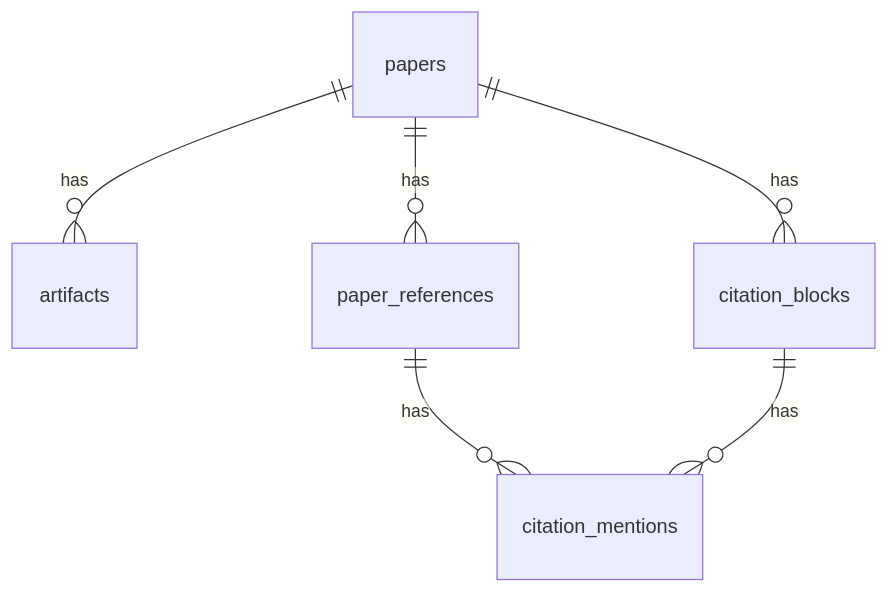
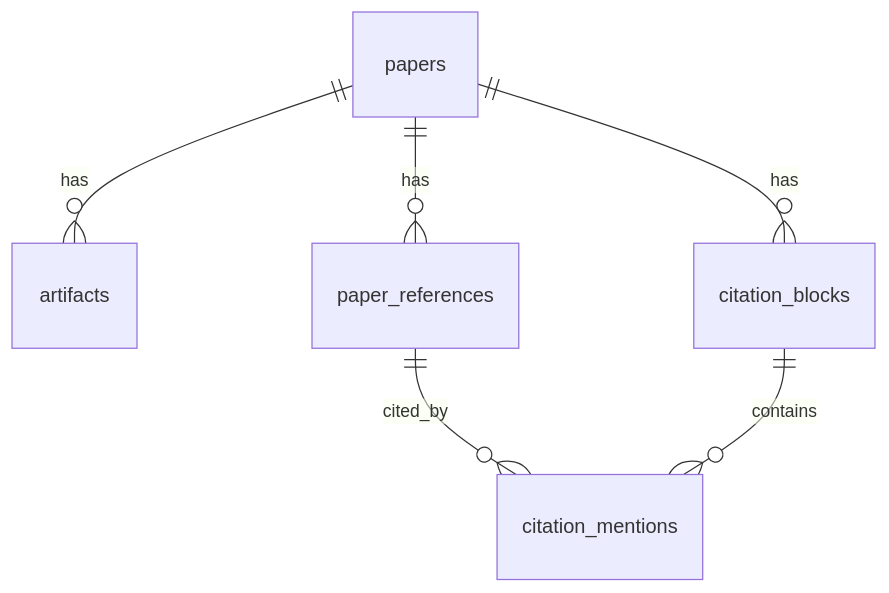
One commit to vegaction/next_briefgpt changed the second of 2 diagrams in ARCHITECTURE.md. Above: the diagram before and after it, drawn with Mermaid. The commit also changed other lines of this file and 12 other files, not shown here.

````diff
--- a/ARCHITECTURE.md
+++ b/ARCHITECTURE.md
@@ -148,8 +130,8 @@
 ```mermaid
 erDiagram
     papers ||--o{ artifacts : has
     papers ||--o{ paper_references : has
     papers ||--o{ citation_blocks : has
-    paper_references ||--o{ citation_mentions : has
-    citation_blocks ||--o{ citation_mentions : has
+    paper_references ||--o{ citation_mentions : cited_by
+    citation_blocks ||--o{ citation_mentions : contains
 ```
````
